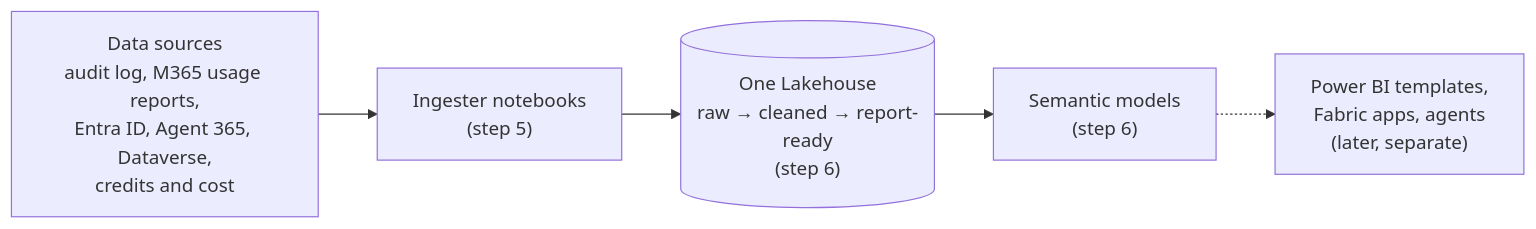
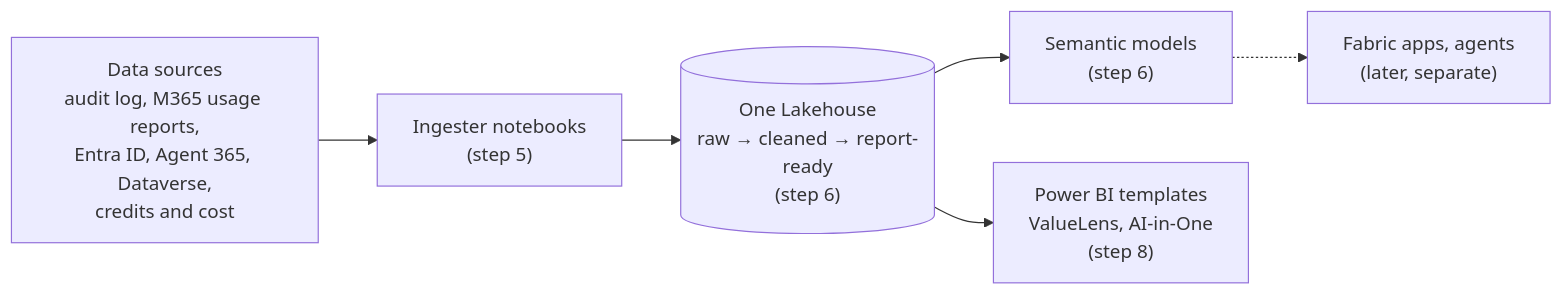
The diagram in README.md (microsoft/universal-lake), drawn with Mermaid before and after one commit. The commit also changed other lines of this file and 4 other files, not shown here.

First line of the commit message:
Ship the ValueLens and AI-in-One Power BI templates; suggest them after a run

````diff
--- a/README.md
+++ b/README.md
@@ -23,7 +23,8 @@
 ```mermaid
 flowchart LR
   S["Data sources<br/>audit log, M365 usage reports,<br/>Entra ID, Agent 365, Dataverse,<br/>credits and cost"] --> N["Ingester notebooks<br/>(step 5)"]
   N --> L[("One Lakehouse<br/>raw → cleaned → report-ready<br/>(step 6)")]
   L --> M["Semantic models<br/>(step 6)"]
-  M -.-> U["Power BI templates,<br/>Fabric apps, agents<br/>(later, separate)"]
+  M -.-> U["Fabric apps, agents<br/>(later, separate)"]
+  L --> T["Power BI templates<br/>ValueLens, AI-in-One<br/>(step 8)"]
 ```
````
